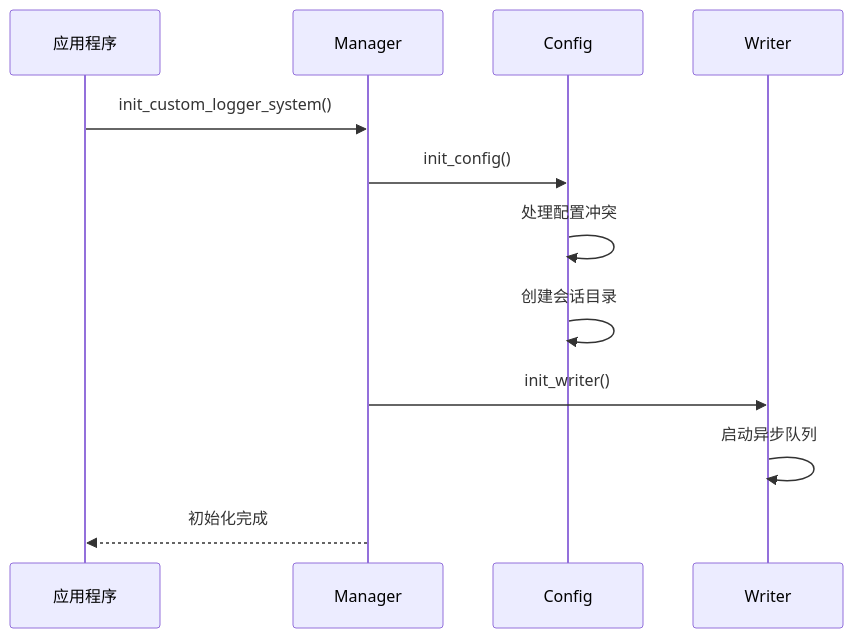
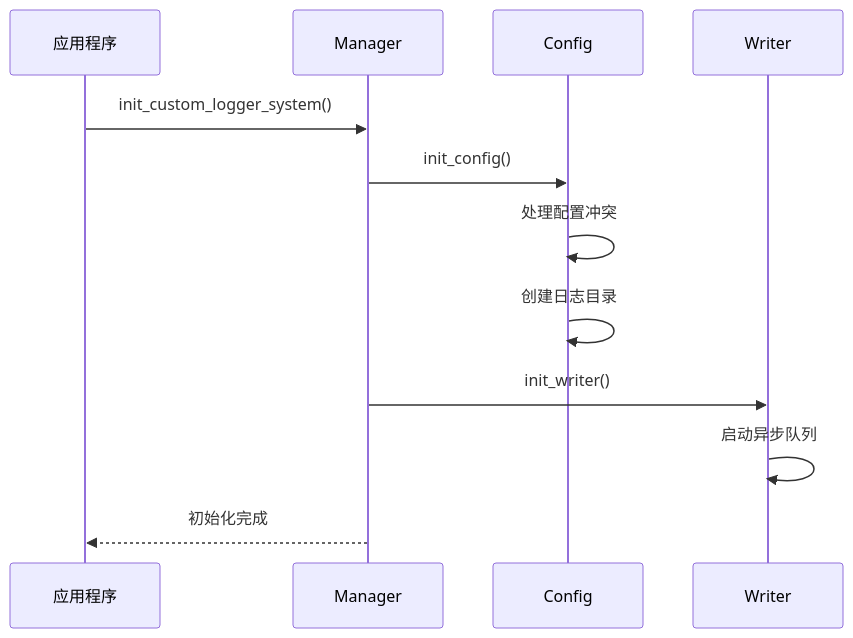
The second of 5 diagrams in docs/architecture_design.md (jaried/custom_logger), drawn with Mermaid before and after one commit. The commit also changed other lines of this file and 8 other files, not shown here.

````diff
--- a/docs/architecture_design.md
+++ b/docs/architecture_design.md
@@ -167,15 +173,15 @@
 ```mermaid
 sequenceDiagram
     participant App as 应用程序
     participant Mgr as Manager
     participant Cfg as Config
     participant Wrt as Writer
     
     App->>Mgr: init_custom_logger_system()
     Mgr->>Cfg: init_config()
     Cfg->>Cfg: 处理配置冲突
-    Cfg->>Cfg: 创建会话目录
+    Cfg->>Cfg: 创建日志目录
     Mgr->>Wrt: init_writer()
     Wrt->>Wrt: 启动异步队列
     Mgr-->>App: 初始化完成
 ```
````
